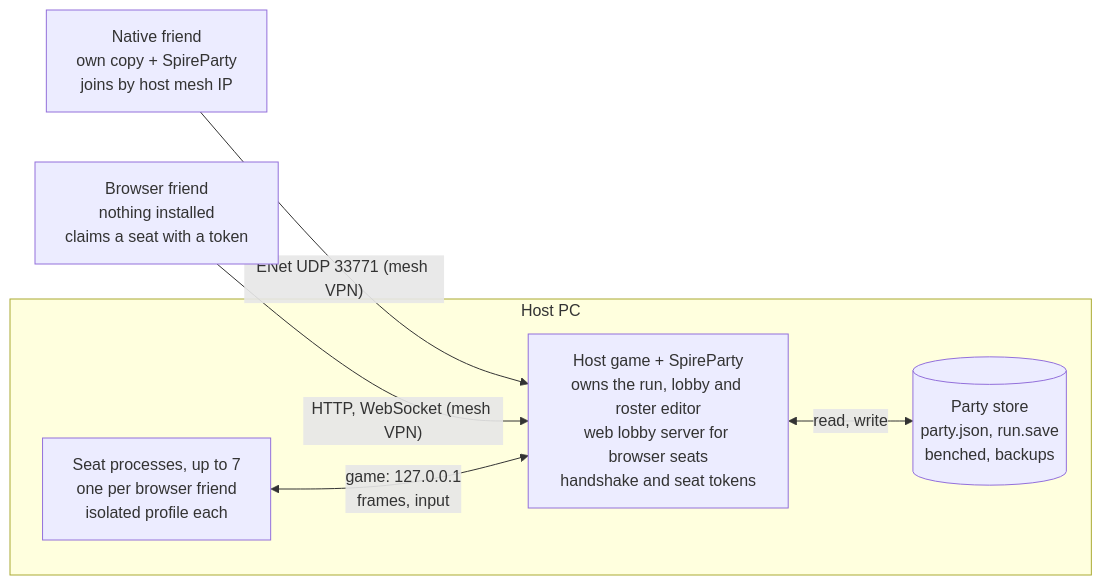
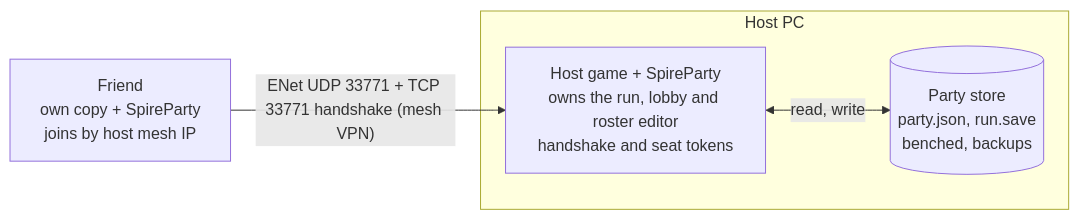
Before and after one commit to sohamsaha99/SpireParty: the diagram in docs/DESIGN.md, drawn with Mermaid. The commit also changed other lines of this file and 8 other files, not shown here.

First line of the commit message:
Release v0.1.0: README, MIT license, packaging; drop browser seats

````diff
--- a/docs/DESIGN.md
+++ b/docs/DESIGN.md
@@ -54,14 +56,10 @@
 ```mermaid
 flowchart LR
-  NF["Native friend<br/>own copy + SpireParty<br/>joins by host mesh IP"]
-  BF["Browser friend<br/>nothing installed<br/>claims a seat with a token"]
+  NF["Friend<br/>own copy + SpireParty<br/>joins by host mesh IP"]
   subgraph HOST["Host PC"]
-    HG["Host game + SpireParty<br/>owns the run, lobby and roster editor<br/>web lobby server for browser seats<br/>handshake and seat tokens"]
-    SP["Seat processes, up to 7<br/>one per browser friend<br/>isolated profile each"]
+    HG["Host game + SpireParty<br/>owns the run, lobby and roster editor<br/>handshake and seat tokens"]
     PS[("Party store<br/>party.json, run.save<br/>benched, backups")]
   end
-  NF -- "ENet UDP 33771 (mesh VPN)" --> HG
-  BF -- "HTTP, WebSocket (mesh VPN)" --> HG
-  SP <-- "game: 127.0.0.1<br/>frames, input" --> HG
+  NF -- "ENet UDP 33771 + TCP 33771 handshake (mesh VPN)" --> HG
   HG <-- "read, write" --> PS
 ```
````
